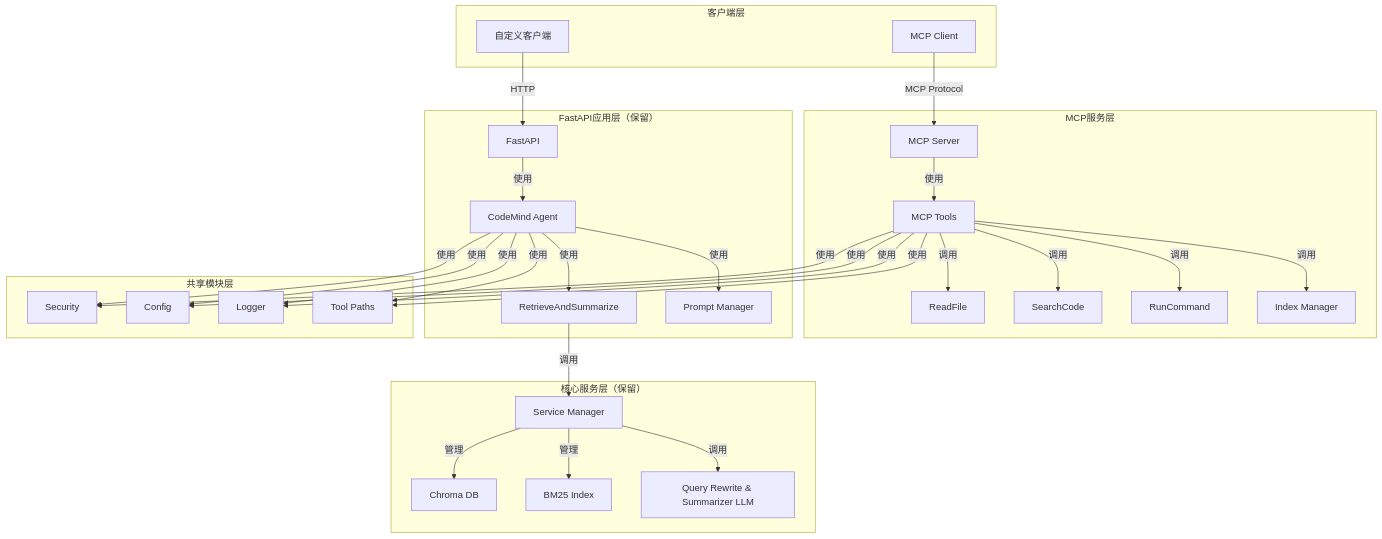
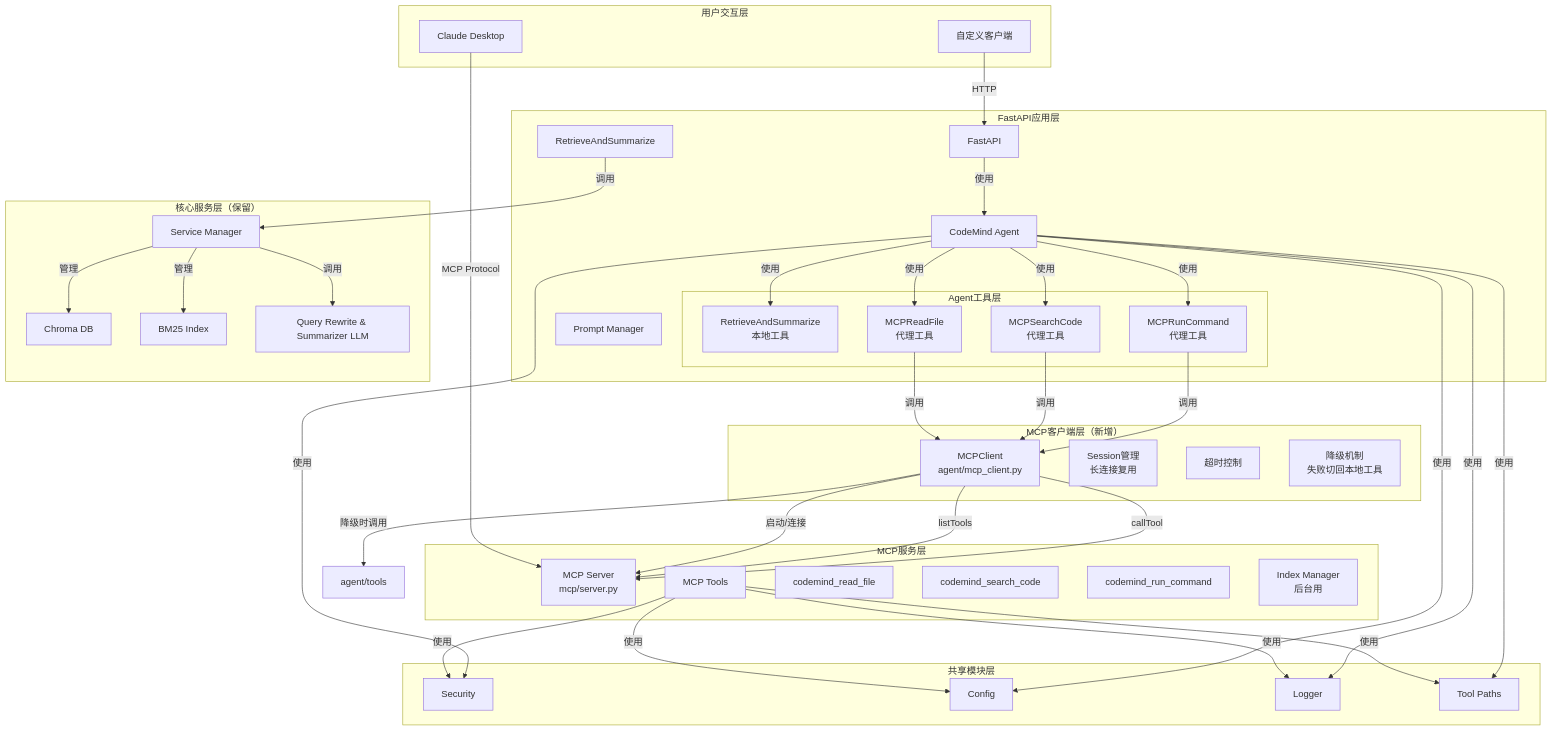
Before and after one commit to shortlight5980/code-mind-agent: the first of 2 diagrams in docs/mcp-migration/01-architecture.md, drawn with Mermaid. The commit also changed other lines of this file and 23 other files, not shown here.

Commit message:
feature: mcp client

````diff
--- a/docs/mcp-migration/01-architecture.md
+++ b/docs/mcp-migration/01-architecture.md
@@ -5,24 +5,38 @@
 ```mermaid
 graph TB
-    subgraph "客户端层"
-        mcp_client[MCP Client]
-        custom[自定义客户端]
+    subgraph "用户交互层"
+        claude_desktop[Claude Desktop]
+        custom_client[自定义客户端]
     end
 
-    subgraph "MCP服务层"
-        mcp_server[MCP Server]
-        mcp_tools[MCP Tools]
-        read_file[ReadFile]
-        search_code[SearchCode]
-        run_command[RunCommand]
-        index_mgr[Index Manager]
-    end
-
-    subgraph "FastAPI应用层（保留）"
+    subgraph "FastAPI应用层"
         fastapi[FastAPI]
         agent[CodeMind Agent]
         rag_tool[RetrieveAndSummarize]
         prompts[Prompt Manager]
+        
+        subgraph "Agent工具层"
+            local_tool[RetrieveAndSummarize<br/>本地工具]
+            mcp_proxy_read[MCPReadFile<br/>代理工具]
+            mcp_proxy_search[MCPSearchCode<br/>代理工具]
+            mcp_proxy_run[MCPRunCommand<br/>代理工具]
+        end
+    end
+
+    subgraph "MCP客户端层（新增）"
+        mcp_client[MCPClient<br/>agent/mcp_client.py]
+        mcp_client_session[Session管理<br/>长连接复用]
+        mcp_client_timeout[超时控制]
+        mcp_client_fallback[降级机制<br/>失败切回本地工具]
+    end
+
+    subgraph "MCP服务层"
+        mcp_server[MCP Server<br/>mcp/server.py]
+        mcp_tools[MCP Tools]
+        read_file[codemind_read_file]
+        search_code[codemind_search_code]
+        run_command[codemind_run_command]
+        index_mgr[Index Manager<br/>后台用]
     end
 
     subgraph "核心服务层（保留）"
@@ -39,18 +53,25 @@
         tool_paths[Tool Paths]
     end
 
-    mcp_client -->|MCP Protocol| mcp_server
-    custom -->|HTTP| fastapi
-
-    mcp_server -->|使用| mcp_tools
-    mcp_tools -->|调用| read_file
-    mcp_tools -->|调用| search_code
-    mcp_tools -->|调用| run_command
-    mcp_tools -->|调用| index_mgr
+    claude_desktop -->|MCP Protocol| mcp_server
+    custom_client -->|HTTP| fastapi
 
     fastapi -->|使用| agent
-    agent -->|使用| rag_tool
-    agent -->|使用| prompts
+    agent -->|使用| local_tool
+    agent -->|使用| mcp_proxy_read
+    agent -->|使用| mcp_proxy_search
+    agent -->|使用| mcp_proxy_run
+
+    mcp_proxy_read -->|调用| mcp_client
+    mcp_proxy_search -->|调用| mcp_client
+    mcp_proxy_run -->|调用| mcp_client
+
+    mcp_client -->|启动/连接| mcp_server
+    mcp_client -->|listTools| mcp_server
+    mcp_client -->|callTool| mcp_server
+
+    mcp_client -->|降级时调用| agent/tools
+
     rag_tool -->|调用| service_mgr
 
     service_mgr -->|管理| chroma
````
